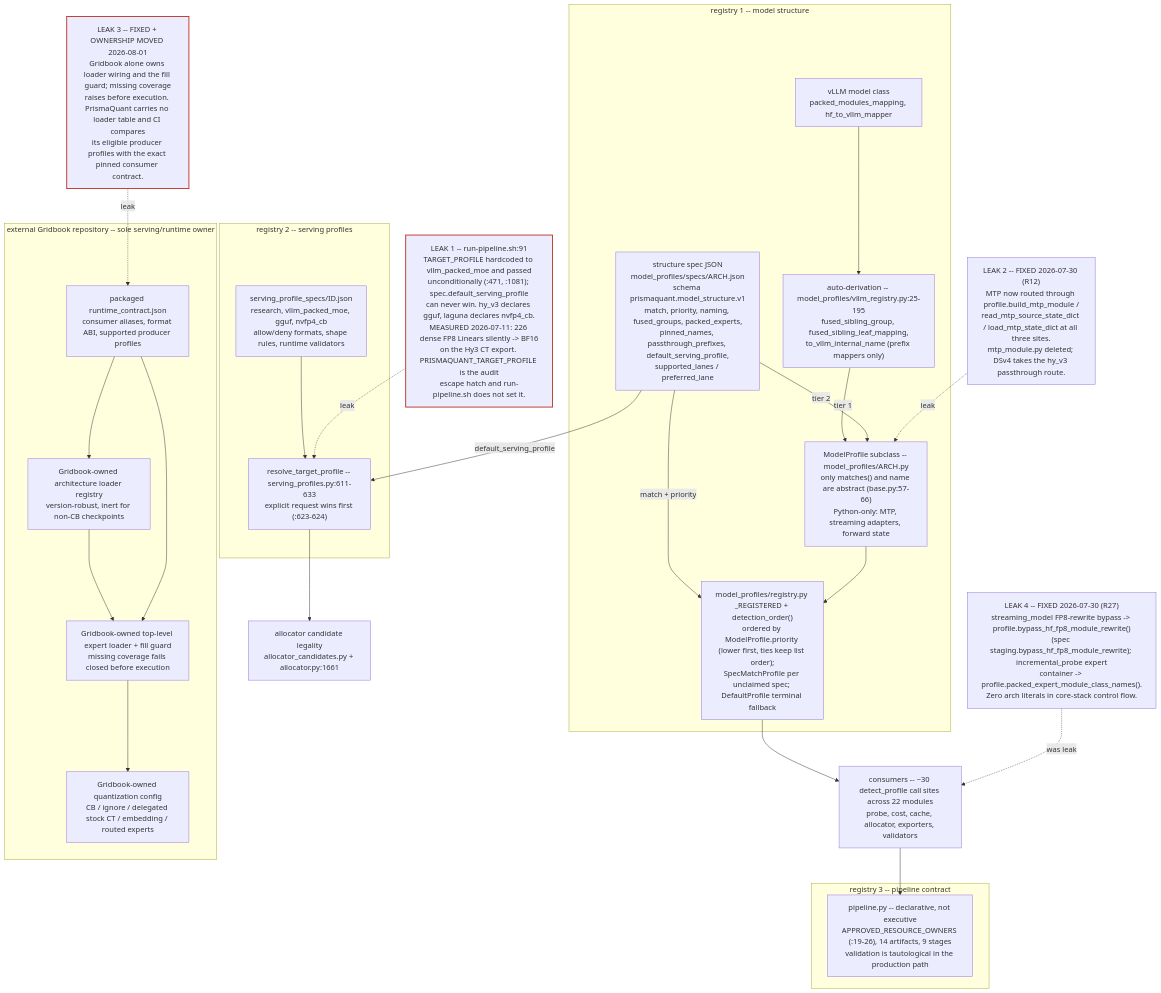
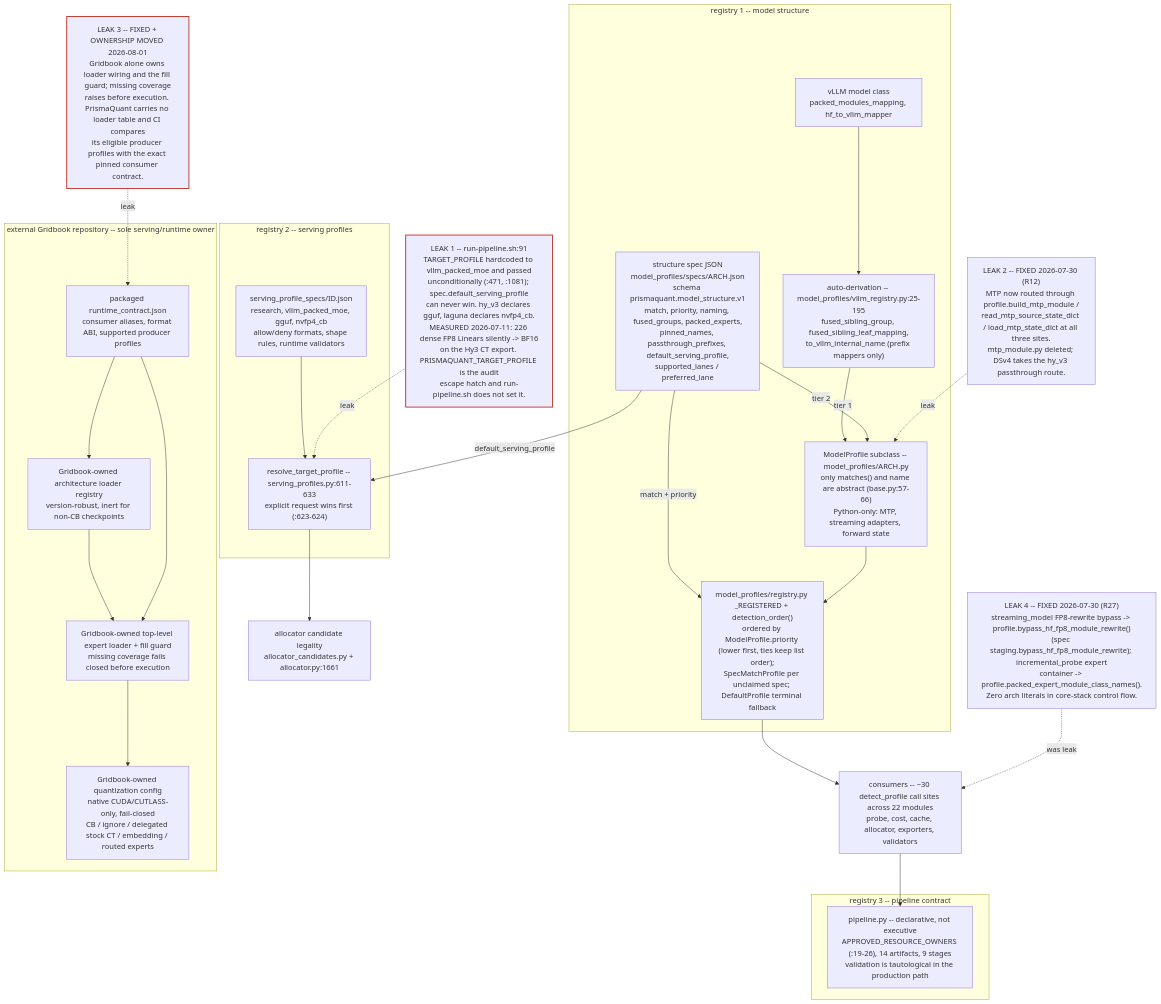
Before and after one commit to JeffreyLatter/prismaquant: the second of 3 diagrams in docs/ARCHITECTURE.md, drawn with Mermaid. The commit also changed other lines of this file and 7 other files, not shown here.

````diff
--- a/docs/ARCHITECTURE.md
+++ b/docs/ARCHITECTURE.md
@@ -1455,58 +1458,58 @@
 ```mermaid
 flowchart TD
   subgraph R1["registry 1 -- model structure"]
     VLLMCLS["vLLM model class<br/>packed_modules_mapping, hf_to_vllm_mapper"]
     DERIVE["auto-derivation -- model_profiles/vllm_registry.py:25-195<br/>fused_sibling_group, fused_sibling_leaf_mapping,<br/>to_vllm_internal_name (prefix mappers only)"]
     SPEC["structure spec JSON<br/>model_profiles/specs/ARCH.json<br/>schema prismaquant.model_structure.v1<br/>match, priority, naming, fused_groups, packed_experts,<br/>pinned_names, passthrough_prefixes, default_serving_profile,<br/>supported_lanes / preferred_lane"]
     PROF["ModelProfile subclass -- model_profiles/ARCH.py<br/>only matches() and name are abstract (base.py:57-66)<br/>Python-only: MTP, streaming adapters, forward state"]
     REGY["model_profiles/registry.py _REGISTERED + detection_order()<br/>ordered by ModelProfile.priority (lower first, ties keep list order);<br/>SpecMatchProfile per unclaimed spec; DefaultProfile terminal fallback"]
   end
 
   VLLMCLS --> DERIVE
   DERIVE -->|"tier 1"| PROF
   SPEC -->|"tier 2"| PROF
   SPEC -->|"match + priority"| REGY
   PROF --> REGY
 
   CONSUMERS["consumers -- ~30 detect_profile call sites across 22 modules<br/>probe, cost, cache, allocator, exporters, validators"]
   REGY --> CONSUMERS
 
   subgraph R2["registry 2 -- serving profiles"]
     SPROF["serving_profile_specs/ID.json<br/>research, vllm_packed_moe, gguf, nvfp4_cb<br/>allow/deny formats, shape rules, runtime validators"]
     RESOLVE["resolve_target_profile -- serving_profiles.py:611-633<br/>explicit request wins first (:623-624)"]
   end
 
   SPEC -->|"default_serving_profile"| RESOLVE
   SPROF --> RESOLVE
   RESOLVE --> ALLOCGATE["allocator candidate legality<br/>allocator_candidates.py + allocator.py:1661"]
 
   subgraph R3["registry 3 -- pipeline contract"]
     PIPE["pipeline.py -- declarative, not executive<br/>APPROVED_RESOURCE_OWNERS (:19-26), 14 artifacts, 9 stages<br/>validation is tautological in the production path"]
   end
   CONSUMERS --> PIPE
 
   subgraph GB["external Gridbook repository -- sole serving/runtime owner"]
     GBPLUG["packaged runtime_contract.json<br/>consumer aliases, format ABI, supported producer profiles"]
     GBSCAN["Gridbook-owned architecture loader registry<br/>version-robust, inert for non-CB checkpoints"]
     GBINST["Gridbook-owned top-level expert loader + fill guard<br/>missing coverage fails closed before execution"]
-    GBCFG["Gridbook-owned quantization config<br/>CB / ignore / delegated stock CT / embedding / routed experts"]
+    GBCFG["Gridbook-owned quantization config<br/>native CUDA/CUTLASS-only, fail-closed<br/>CB / ignore / delegated stock CT / embedding / routed experts"]
   end
 
   GBPLUG --> GBSCAN
   GBSCAN --> GBINST
   GBPLUG --> GBINST
   GBINST --> GBCFG
 
   L1["LEAK 1 -- run-pipeline.sh:91<br/>TARGET_PROFILE hardcoded to vllm_packed_moe and passed<br/>unconditionally (:471, :1081); spec.default_serving_profile<br/>can never win. hy_v3 declares gguf, laguna declares nvfp4_cb.<br/>MEASURED 2026-07-11: 226 dense FP8 Linears silently -> BF16<br/>on the Hy3 CT export. PRISMAQUANT_TARGET_PROFILE is the audit<br/>escape hatch and run-pipeline.sh does not set it."]
   L2["LEAK 2 -- FIXED 2026-07-30 (R12)<br/>MTP now routed through profile.build_mtp_module /<br/>read_mtp_source_state_dict / load_mtp_state_dict at all three sites.<br/>mtp_module.py deleted; DSv4 takes the hy_v3 passthrough route."]
   L3["LEAK 3 -- FIXED + OWNERSHIP MOVED 2026-08-01<br/>Gridbook alone owns loader wiring and the fill guard; missing coverage<br/>raises before execution. PrismaQuant carries no loader table and CI compares<br/>its eligible producer profiles with the exact pinned consumer contract."]
   L4["LEAK 4 -- FIXED 2026-07-30 (R27)<br/>streaming_model FP8-rewrite bypass -> profile.bypass_hf_fp8_module_rewrite()<br/>(spec staging.bypass_hf_fp8_module_rewrite); incremental_probe expert<br/>container -> profile.packed_expert_module_class_names().<br/>Zero arch literals in core-stack control flow."]
 
   L1 -.->|"leak"| RESOLVE
   L2 -.->|"leak"| PROF
   L3 -.->|"leak"| GBPLUG
   L4 -.->|"was leak"| CONSUMERS
 
   classDef leak stroke:#c0392b,stroke-width:2px
   class L1,L3 leak
 ```
````
